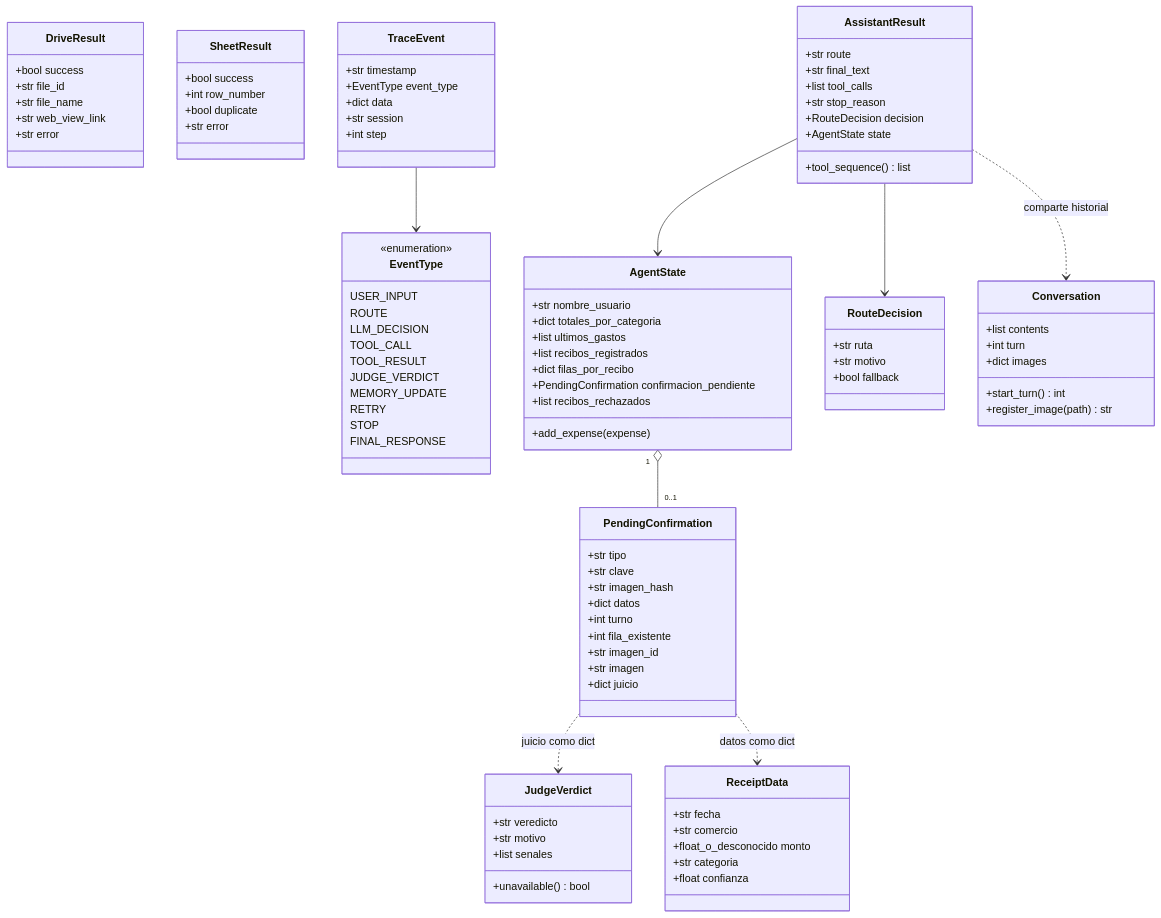
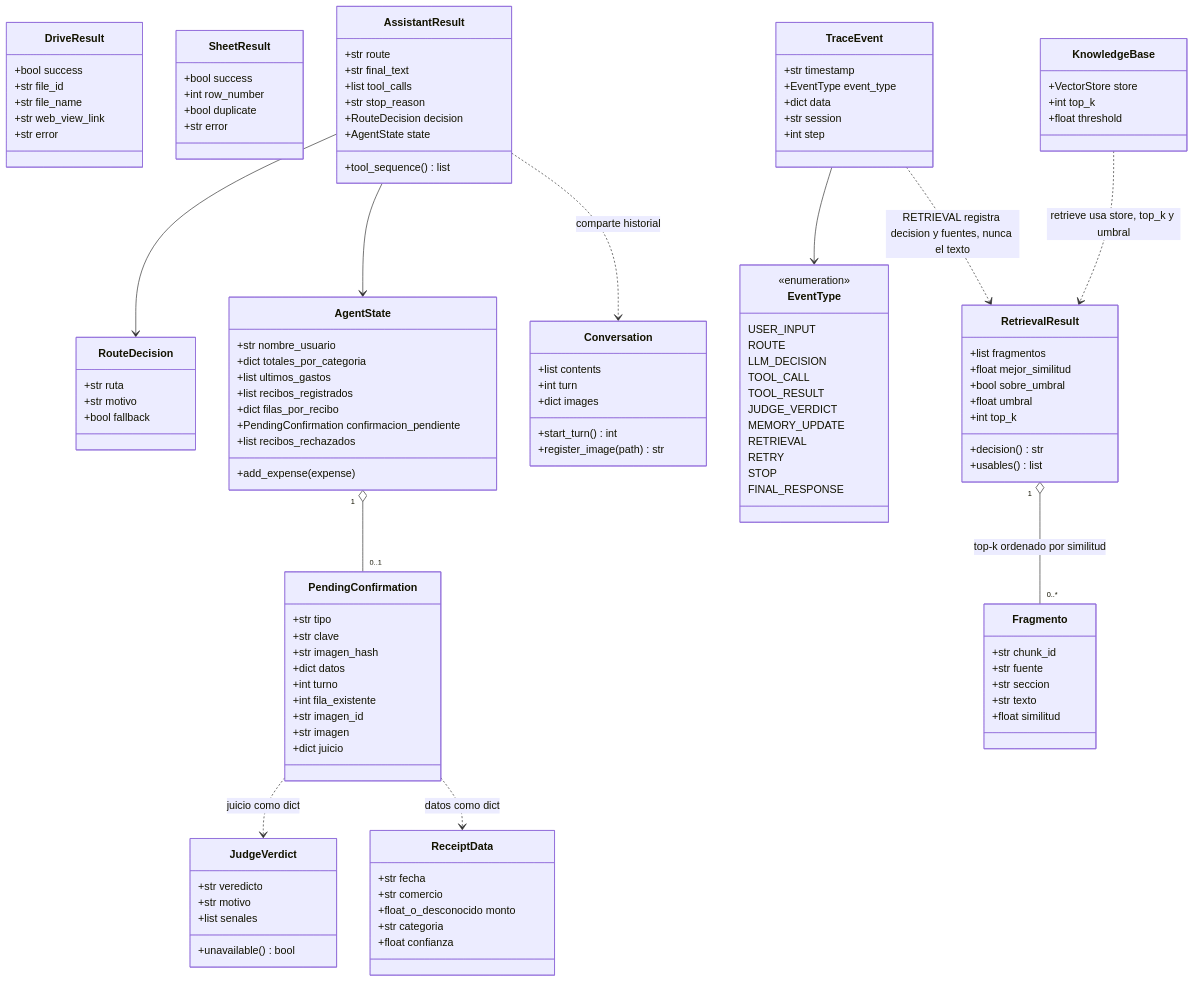
Before and after one commit to gherrerz/Claude-telegram-expense-tracker: the fourth of 16 diagrams in docs/solution_architecture.md, drawn with Mermaid. The commit also changed other lines of this file and 14 other files, not shown here.

Commit message:
feat(eval): add golden set v2 with rag cases and update architecture docs (stage 15)

````diff
--- a/docs/solution_architecture.md
+++ b/docs/solution_architecture.md
@@ -288,6 +326,7 @@
         TOOL_RESULT
         JUDGE_VERDICT
         MEMORY_UPDATE
+        RETRIEVAL
         RETRY
         STOP
         FINAL_RESPONSE
@@ -347,6 +386,27 @@
         +start_turn() int
         +register_image(path) str
     }
+    class Fragmento {
+        +str chunk_id
+        +str fuente
+        +str seccion
+        +str texto
+        +float similitud
+    }
+    class RetrievalResult {
+        +list fragmentos
+        +float mejor_similitud
+        +bool sobre_umbral
+        +float umbral
+        +int top_k
+        +decision() str
+        +usables() list
+    }
+    class KnowledgeBase {
+        +VectorStore store
+        +int top_k
+        +float threshold
+    }
 
     TraceEvent --> EventType
     AgentState "1" o-- "0..1" PendingConfirmation
@@ -355,4 +415,7 @@
     AssistantResult --> RouteDecision
     AssistantResult --> AgentState
     AssistantResult ..> Conversation : comparte historial
+    RetrievalResult "1" o-- "0..*" Fragmento : top-k ordenado por similitud
+    KnowledgeBase ..> RetrievalResult : retrieve usa store, top_k y umbral
+    TraceEvent ..> RetrievalResult : RETRIEVAL registra decision y fuentes, nunca el texto
 ```
````
